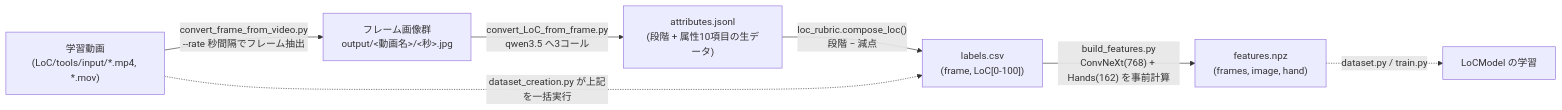
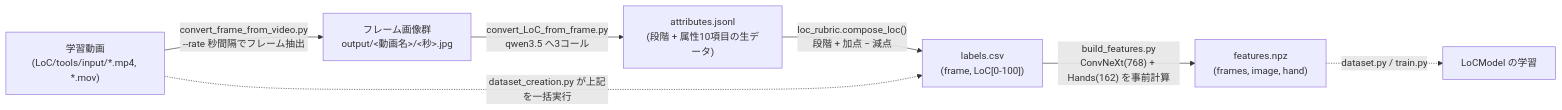
The second of 2 diagrams in README.md (moriiwad326-lab/Online_study_room), drawn with Mermaid before and after one commit. The commit also changed other lines of this file and 3 other files, not shown here.

````diff
--- a/README.md
+++ b/README.md
@@ -249,9 +251,9 @@
 ```mermaid
 flowchart LR
     V["学習動画\n(LoC/tools/input/*.mp4, *.mov)"] -->|"convert_frame_from_video.py\n--rate 秒間隔でフレーム抽出"| F["フレーム画像群\noutput/<動画名>/<秒>.jpg"]
     F -->|"convert_LoC_from_frame.py\nqwen3.5 へ3コール"| A["attributes.jsonl\n(段階 + 属性10項目の生データ)"]
-    A -->|"loc_rubric.compose_loc()\n段階 − 減点"| L["labels.csv\n(frame, LoC[0-100])"]
+    A -->|"loc_rubric.compose_loc()\n段階 + 加点 − 減点"| L["labels.csv\n(frame, LoC[0-100])"]
     L -->|"build_features.py\nConvNeXt(768) + Hands(162) を事前計算"| N["features.npz\n(frames, image, hand)"]
     V -.->|"dataset_creation.py が上記を一括実行"| L
     N -.->|"dataset.py / train.py"| M["LoCModel の学習"]
 ```
````
